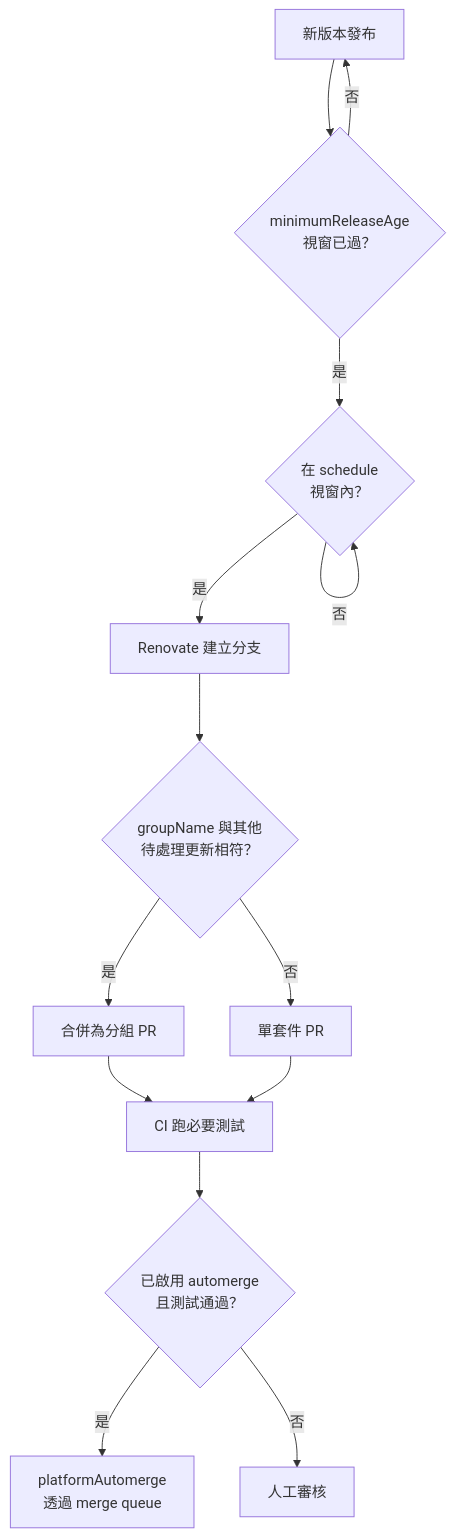
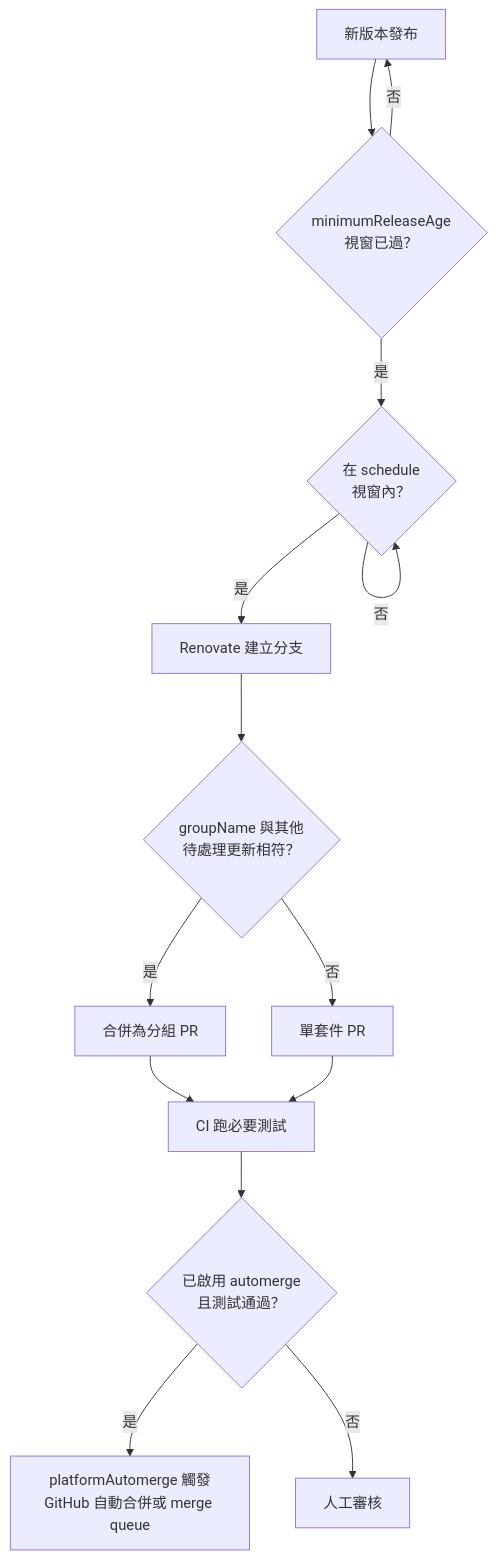
One commit to alivedise/frontend-engineering-essentials changed the diagram in docs/zh-tw/Developer Experience and Tooling/renovate.md. Above: the diagram before and after it, drawn with Mermaid. The commit also changed other lines of this file and 1 other file, not shown here.

````diff
--- a/docs/zh-tw/Developer Experience and Tooling/renovate.md
+++ b/docs/zh-tw/Developer Experience and Tooling/renovate.md
@@ -48,16 +24,16 @@
 ```mermaid
 flowchart TD
   A[新版本發布] --> B{minimumReleaseAge<br/>視窗已過？}
   B -- 否 --> A
   B -- 是 --> C{在 schedule<br/>視窗內？}
   C -- 否 --> C
   C -- 是 --> D[Renovate 建立分支]
   D --> E{groupName 與其他<br/>待處理更新相符？}
   E -- 是 --> F[合併為分組 PR]
   E -- 否 --> G[單套件 PR]
   F --> H[CI 跑必要測試]
   G --> H
   H --> I{已啟用 automerge<br/>且測試通過？}
-  I -- 是 --> J[platformAutomerge<br/>透過 merge queue]
+  I -- 是 --> J[platformAutomerge 觸發<br/>GitHub 自動合併或 merge queue]
   I -- 否 --> K[人工審核]
 ```
````
